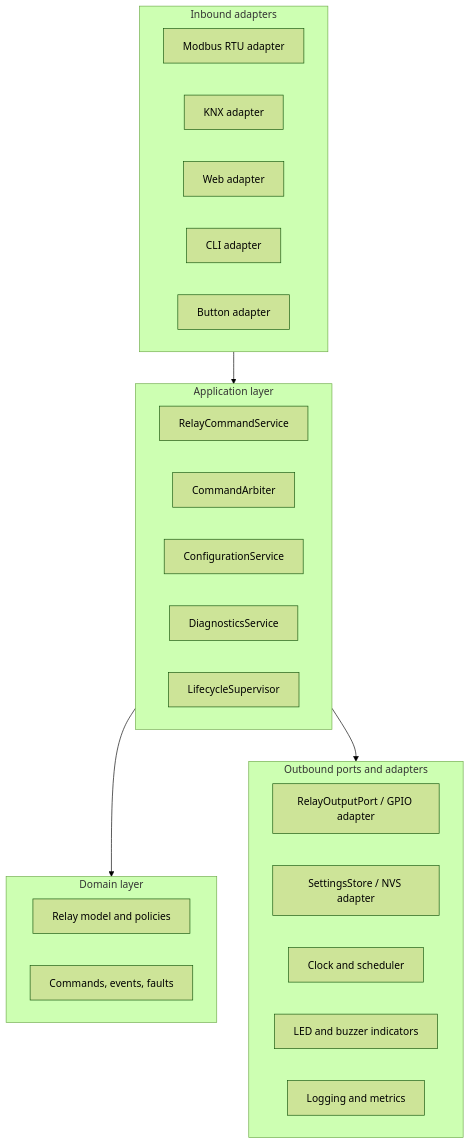
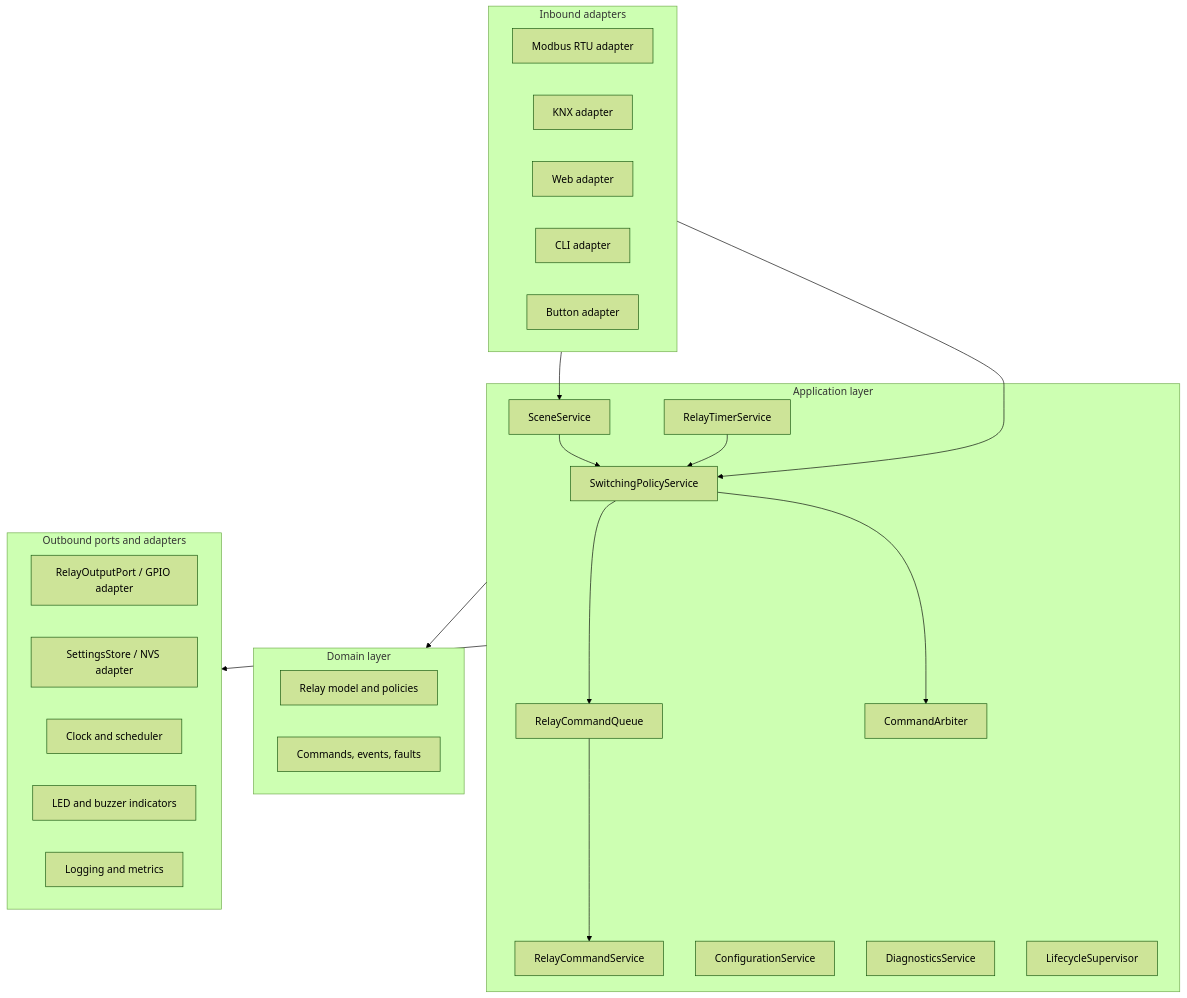
One commit to betamoojw/Waveshare_ESP32-S3-Relay-6CH changed the second of 2 diagrams in design/software-architecture-instructions.md. Above: the diagram before and after it, drawn with Mermaid (forest theme). The commit also changed other lines of this file and 21 other files, not shown here.

First line of the commit message:
feat(app): add policy scene and relay timer services

````diff
--- a/design/software-architecture-instructions.md
+++ b/design/software-architecture-instructions.md
@@ -62,35 +62,45 @@
 ```mermaid
 flowchart TB
 		subgraph Inbound[Inbound adapters]
 				MB[Modbus RTU adapter]
 				KNX[KNX adapter]
 				WEB[Web adapter]
 				CLI[CLI adapter]
 				BTN[Button adapter]
 		end
 
 		subgraph Application[Application layer]
+				SP[SwitchingPolicyService]
+				SCENE[SceneService]
+				TIMER[RelayTimerService]
+				QUEUE[RelayCommandQueue]
 				RC[RelayCommandService]
 				ARB[CommandArbiter]
 				CFG[ConfigurationService]
 				DIAG[DiagnosticsService]
 				LIFE[LifecycleSupervisor]
 		end
 
 		subgraph Domain[Domain layer]
 				MODEL[Relay model and policies]
 				EVENTS[Commands, events, faults]
 		end
 
 		subgraph Outbound[Outbound ports and adapters]
 				RH[RelayOutputPort / GPIO adapter]
 				STORE[SettingsStore / NVS adapter]
 				CLOCK[Clock and scheduler]
 				STATUS[LED and buzzer indicators]
 				LOG[Logging and metrics]
 		end
 
-		Inbound --> Application
+		Inbound --> SP
+		Inbound --> SCENE
+		SCENE --> SP
+		TIMER --> SP
+		SP --> QUEUE
+		QUEUE --> RC
+		SP --> ARB
 		Application --> Domain
 		Application --> Outbound
 ```
````
